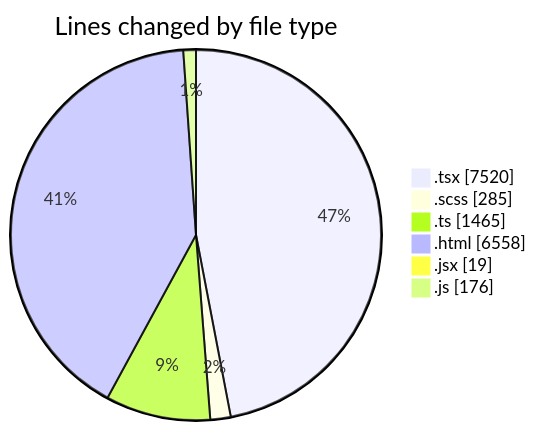
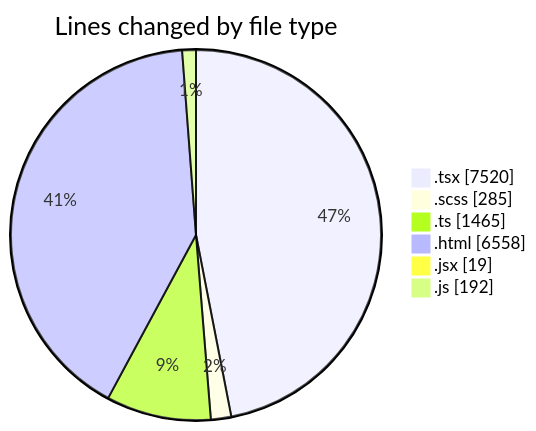
One commit to momahboobian/code-tracking changed the first of 2 diagrams in 2026-02-25/cda/README.md. Above: the diagram before and after it, drawn with Mermaid. The commit also changed other lines of this file and 1 other file, not shown here.

````diff
--- a/2026-02-25/cda/README.md
+++ b/2026-02-25/cda/README.md
@@ -29,10 +29,10 @@
 ```mermaid
 pie showData
 title Lines changed by file type
 ".tsx" : 7520
 ".scss" : 285
 ".ts" : 1465
 ".html" : 6558
 ".jsx" : 19
-".js" : 176
+".js" : 192
 ```
````
